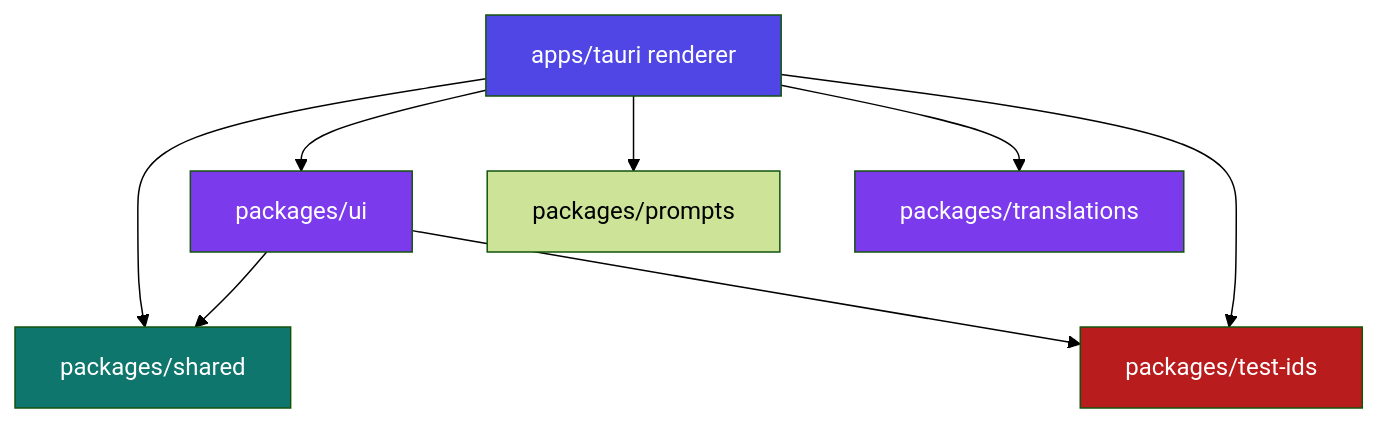
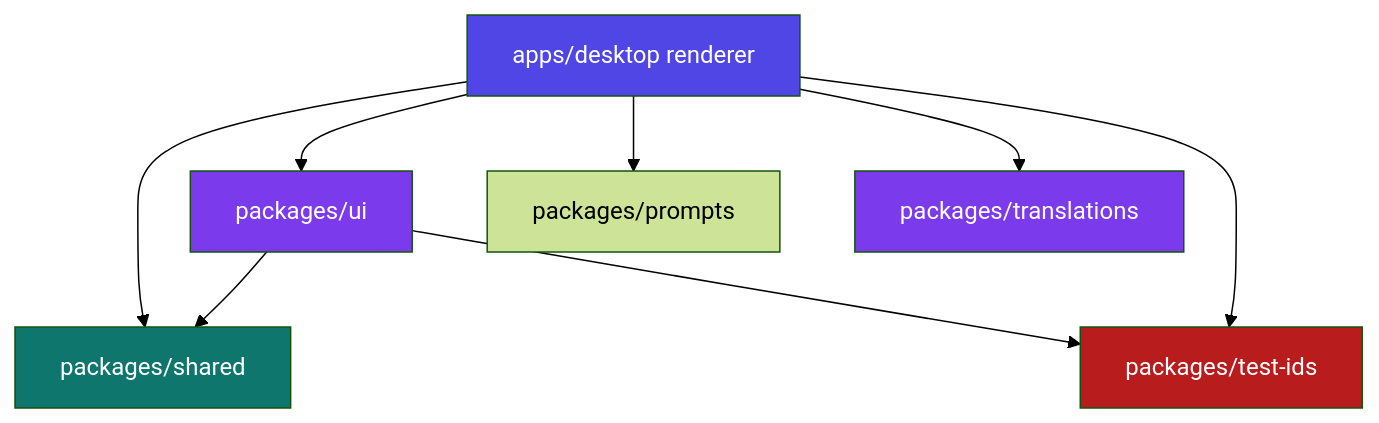
Before and after one commit to saeedkolivand/ai-job-hunter-app: the seventh of 7 diagrams in docs/ARCHITECTURE.md, drawn with Mermaid (forest theme). The commit also changed other lines of this file and 1129 other files, not shown here.

First line of the commit message:
refactor: rename apps/tauri to apps/desktop and @ajh/tauri to @ajh/desktop (#512)

````diff
--- a/docs/ARCHITECTURE.md
+++ b/docs/ARCHITECTURE.md
@@ -446,23 +446,23 @@
 ```mermaid
 graph TD
-    Renderer["apps/tauri renderer"]
+    Renderer["apps/desktop renderer"]
     Shared["packages/shared"]
     UI["packages/ui"]
     Prompts["packages/prompts"]
     Translations["packages/translations"]
     TestIds["packages/test-ids"]
 
     Renderer --> Shared
     Renderer --> UI
     Renderer --> Prompts
     Renderer --> Translations
     Renderer --> TestIds
     UI --> Shared
     UI --> TestIds
 
     style Renderer fill:#4f46e5,color:#fff
     style UI fill:#7c3aed,color:#fff
     style Shared fill:#0f766e,color:#fff
     style Translations fill:#7c3aed,color:#fff
     style TestIds fill:#b91c1c,color:#fff
 ```
````
